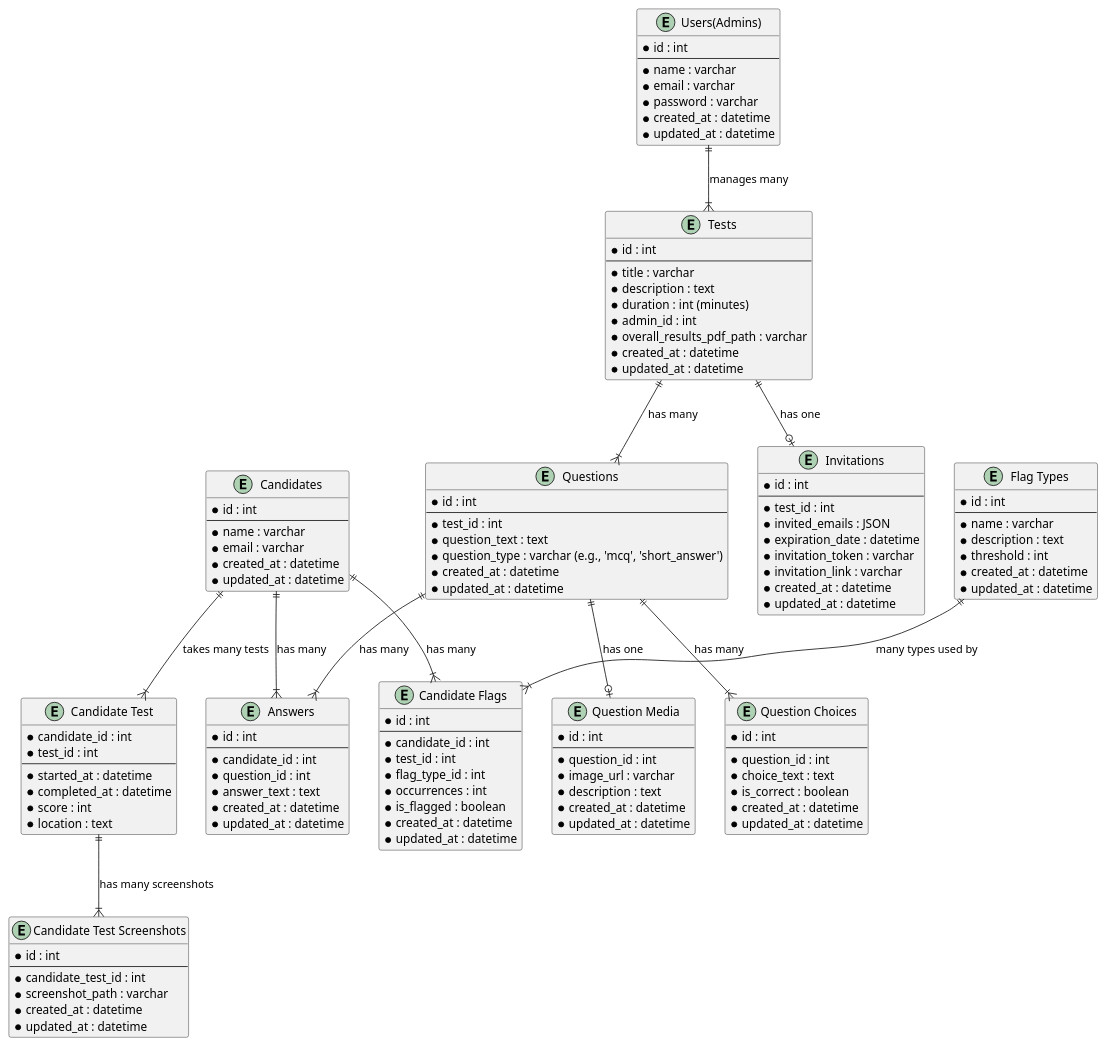
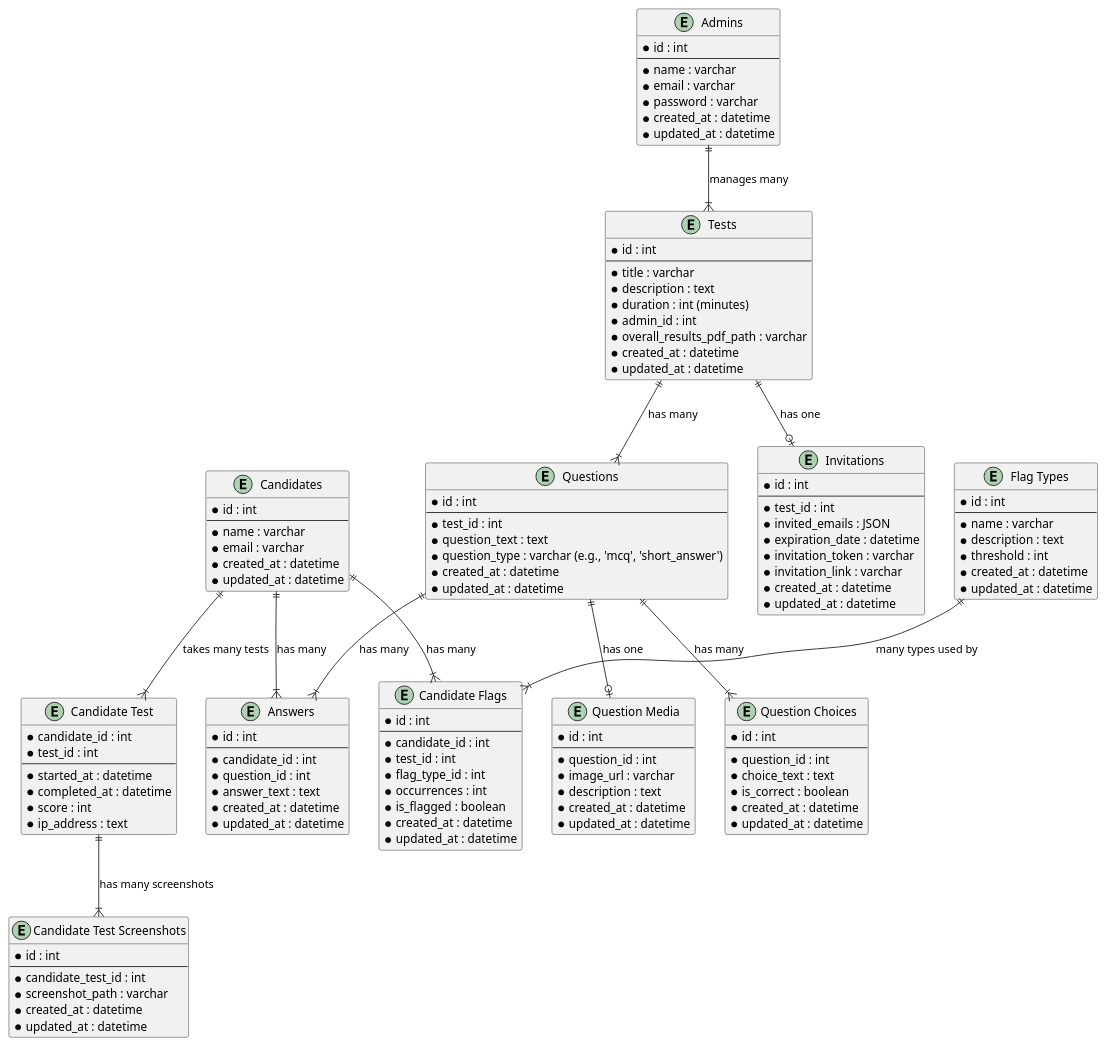
One commit to milelecars/MileleSkillSage changed the diagram in storage/plantuml/db_diagram.puml. Above: the diagram before and after it, drawn with PlantUML. The commit also changed 5 other files, not shown here.

```diff
--- a/storage/plantuml/db_diagram.puml
+++ b/storage/plantuml/db_diagram.puml
@@ -1,141 +1,141 @@
 @startuml "Milele SkillSage"
 
 
 entity "Candidates" {
   * id : int
   --
   * name : varchar
   * email : varchar
   * created_at : datetime
   * updated_at : datetime
 }
 
 entity "Tests" {
   * id : int
   --
   * title : varchar
   * description : text
   * duration : int (minutes)
   * admin_id : int
   * overall_results_pdf_path : varchar
   * created_at : datetime
   * updated_at : datetime
 }
 
 entity "Candidate Test" {
   * candidate_id : int
   * test_id : int
   --
   * started_at : datetime
   * completed_at : datetime
   * score : int
-  * location : text
+  * ip_address : text
 }
 
 entity "Candidate Test Screenshots" {
   * id : int
   --
   * candidate_test_id : int
   * screenshot_path : varchar
   * created_at : datetime
   * updated_at : datetime
 }
 
 entity "Questions" {
   * id : int
   --
   * test_id : int
   * question_text : text
   * question_type : varchar (e.g., 'mcq', 'short_answer')
   * created_at : datetime
   * updated_at : datetime
 }
 
 entity "Question Choices" {
   * id : int
   --
   * question_id : int
   * choice_text : text
   * is_correct : boolean
   * created_at : datetime
   * updated_at : datetime
 }
 
 entity "Question Media" {
   * id : int
   --
   * question_id : int
   * image_url : varchar
   * description : text
   * created_at : datetime
   * updated_at : datetime
 }
 
 entity "Answers" {
   * id : int
   --
   * candidate_id : int
   * question_id : int
   * answer_text : text
   * created_at : datetime
   * updated_at : datetime
 }
 
-entity "Users(Admins)" {
+entity "Admins" {
   * id : int
   --
   * name : varchar
   * email : varchar
   * password : varchar  
   * created_at : datetime
   * updated_at : datetime
 }
 
 entity "Flag Types" {
   * id : int
   --
   * name : varchar
   * description : text
   * threshold : int
   * created_at : datetime
   * updated_at : datetime
 }
 
 entity "Candidate Flags" {
   * id : int
   --
   * candidate_id : int
   * test_id : int
   * flag_type_id : int
   * occurrences : int
   * is_flagged : boolean
   * created_at : datetime
   * updated_at : datetime
 }
 
 entity "Invitations" {
   * id : int
   --
   * test_id : int
   * invited_emails : JSON
   * expiration_date : datetime
   * invitation_token : varchar
   * invitation_link : varchar
   * created_at : datetime 
   * updated_at : datetime
 }
 
 ' Relationships
 "Candidates" ||--|{ "Answers" : has many
 "Candidates" ||--|{ "Candidate Flags" : has many
 "Candidates" ||--|{ "Candidate Test" : takes many tests
 "Tests" ||--|{ "Questions" : has many
 "Tests" ||--o| "Invitations" : has one
 "Questions" ||--|{ "Question Choices" : has many
 "Questions" ||--o| "Question Media" : has one
 "Questions" ||--|{ "Answers" : has many  
 "Flag Types" ||--|{ "Candidate Flags" : many types used by
-"Users(Admins)" ||--|{ "Tests" : manages many
+"Admins" ||--|{ "Tests" : manages many
 "Candidate Test" ||--|{ "Candidate Test Screenshots" : "has many screenshots"
 
 @enduml
```
